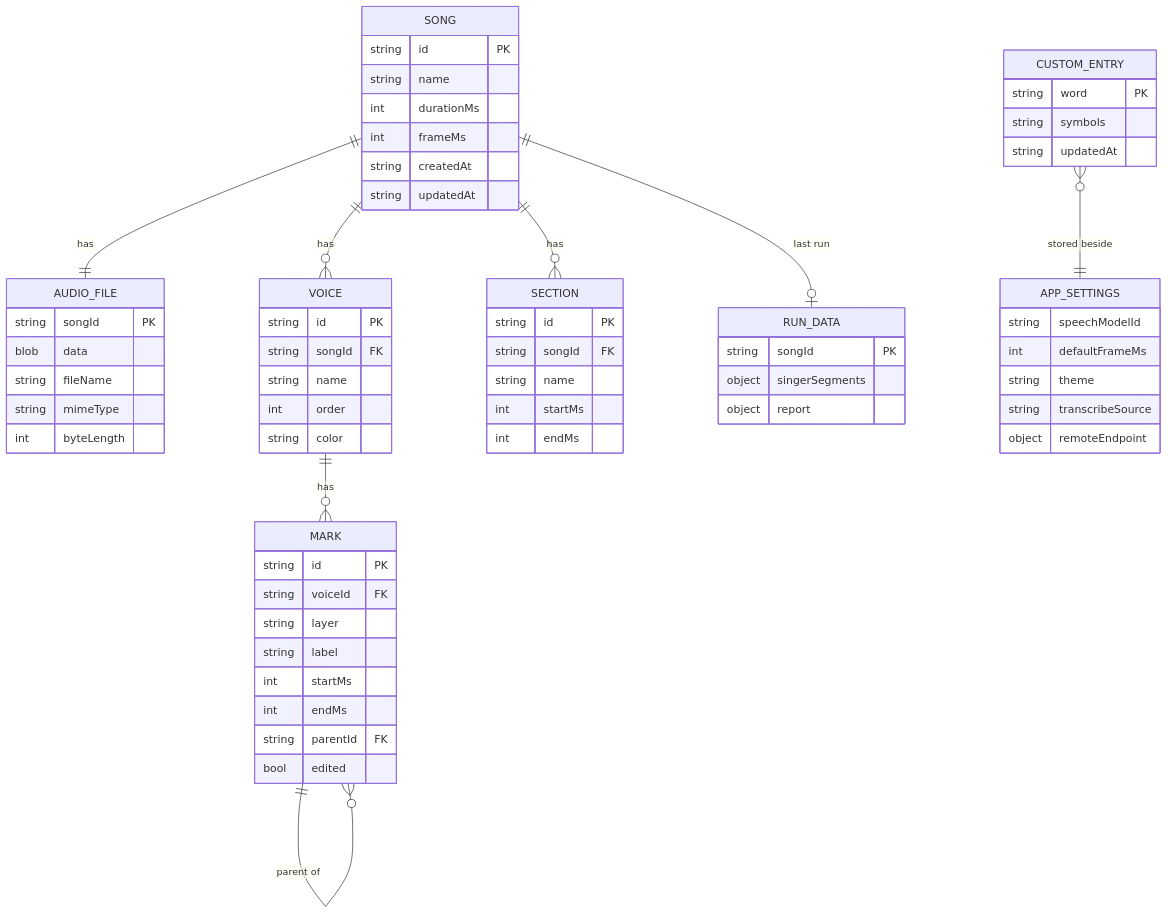
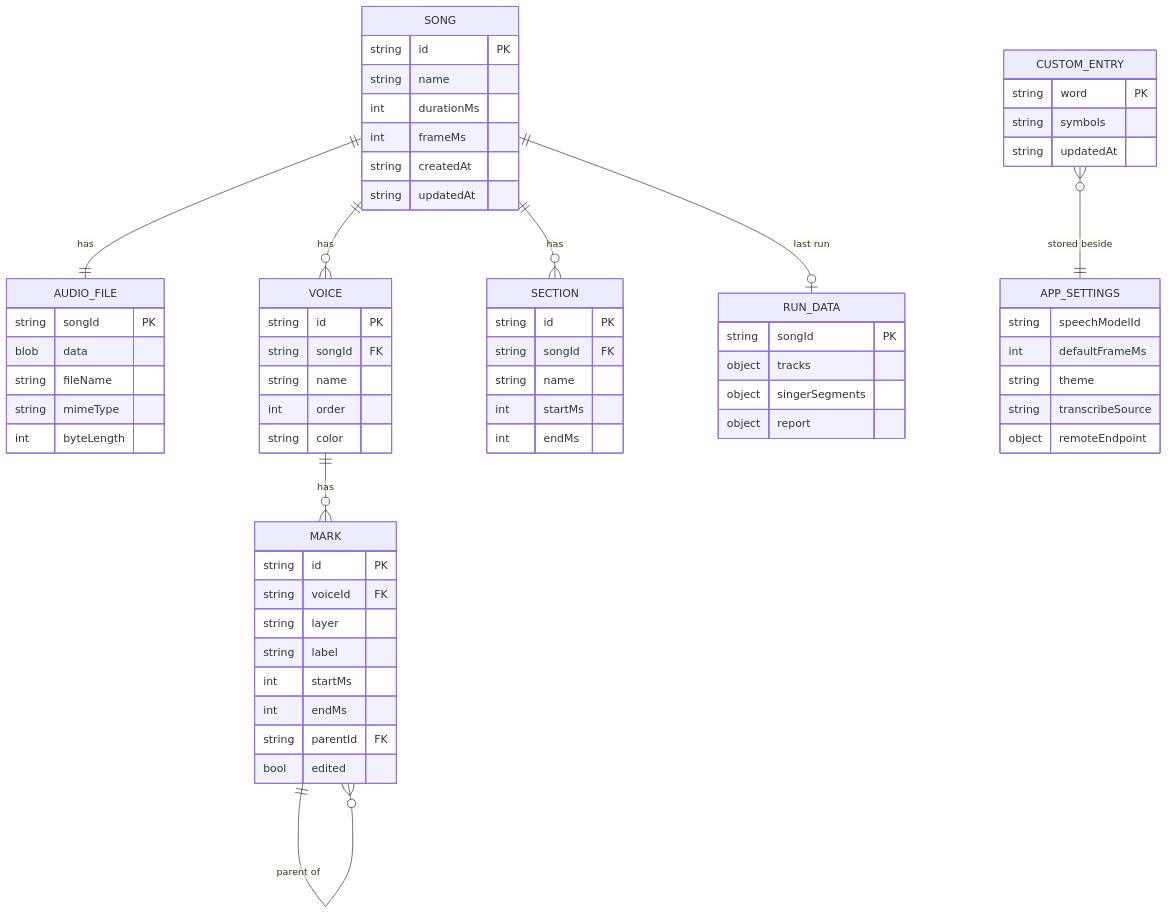
Before and after one commit to sniper7kills/xlights-singing-face-timing: the second of 2 diagrams in docs/specs/spec.md, drawn with Mermaid. The commit also changed other lines of this file and 62 other files, not shown here.

````diff
--- a/docs/specs/spec.md
+++ b/docs/specs/spec.md
@@ -257,66 +258,67 @@
 ```mermaid
 erDiagram
   SONG ||--|| AUDIO_FILE : has
   SONG ||--o{ VOICE : has
   SONG ||--o{ SECTION : has
   VOICE ||--o{ MARK : has
   MARK ||--o{ MARK : "parent of"
   CUSTOM_ENTRY }o--|| APP_SETTINGS : "stored beside"
   SONG ||--o| RUN_DATA : "last run"
   SONG {
     string id PK
     string name
     int durationMs
     int frameMs
     string createdAt
     string updatedAt
   }
   AUDIO_FILE {
     string songId PK
     blob data
     string fileName
     string mimeType
     int byteLength
   }
   VOICE {
     string id PK
     string songId FK
     string name
     int order
     string color
   }
   SECTION {
     string id PK
     string songId FK
     string name
     int startMs
     int endMs
   }
   MARK {
     string id PK
     string voiceId FK
     string layer
     string label
     int startMs
     int endMs
     string parentId FK
     bool edited
   }
   CUSTOM_ENTRY {
     string word PK
     string symbols
     string updatedAt
   }
   RUN_DATA {
     string songId PK
+    object tracks
     object singerSegments
     object report
   }
   APP_SETTINGS {
     string speechModelId
     int defaultFrameMs
     string theme
     string transcribeSource
     object remoteEndpoint
   }
 ```
````
